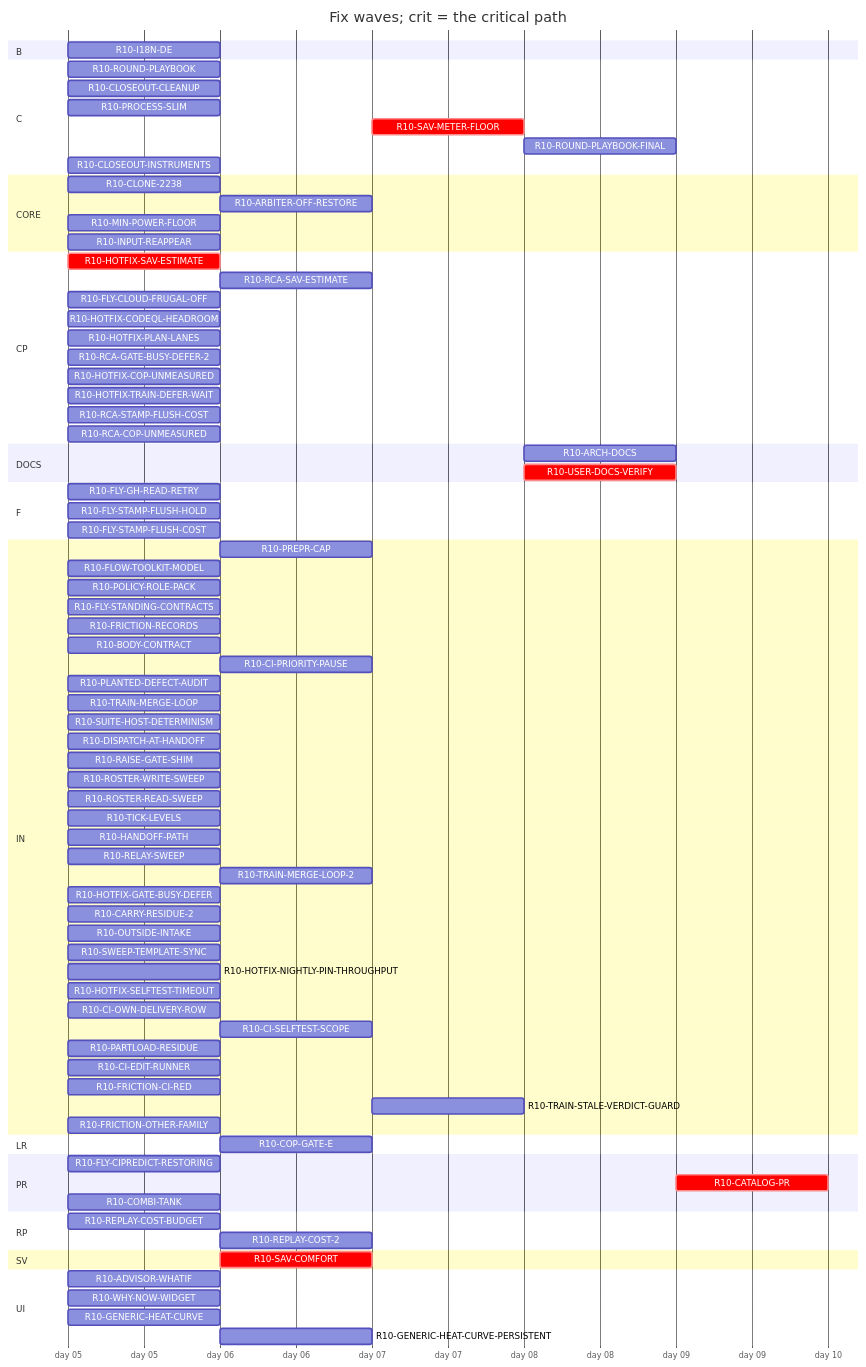
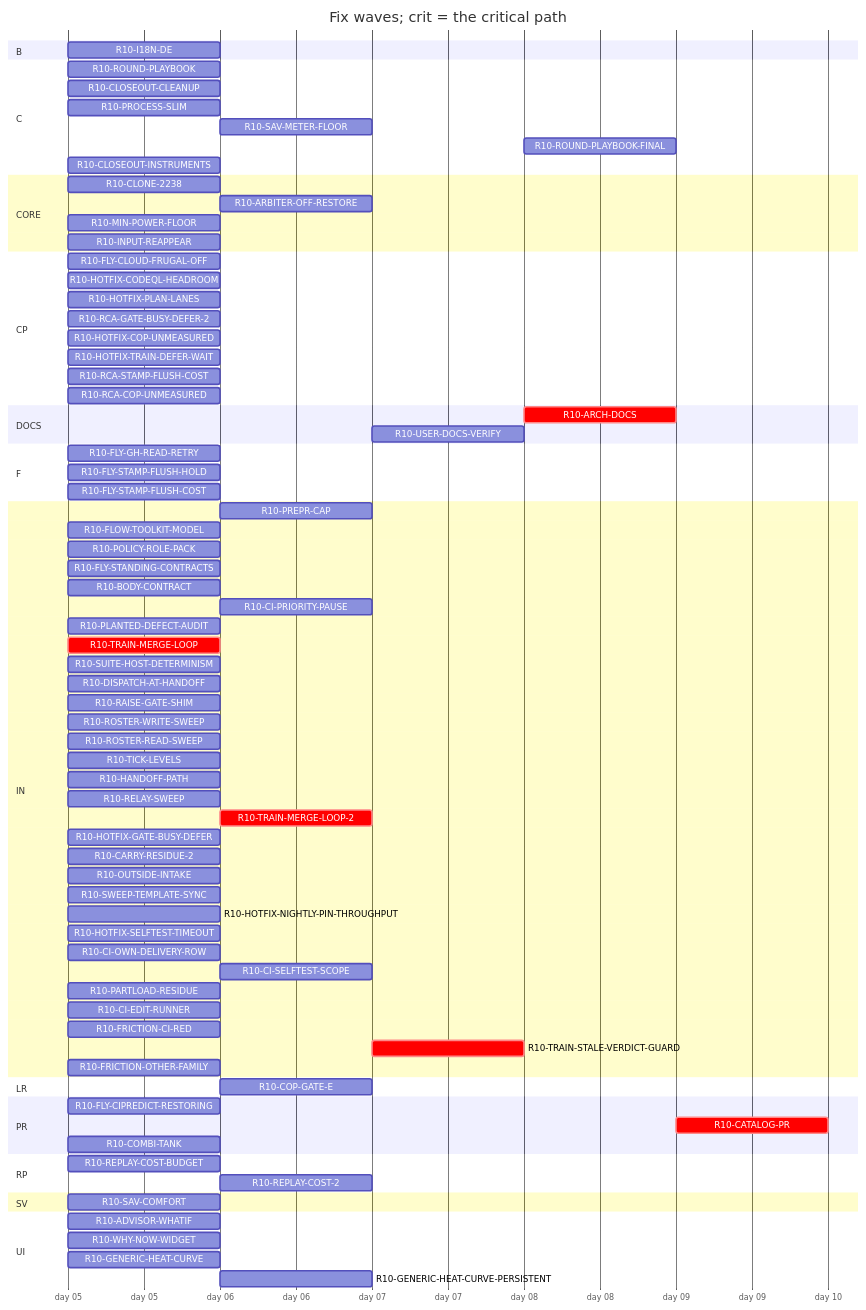
The diagram in handoff/round10/state/PLAN-TABLE.md (tvofi/heatpump_optimizer), drawn with Mermaid before and after one commit. The commit also changed other lines of this file and 3 other files, not shown here.

Commit message:
state: FLOW-BOARD.md, NEXT-SESSION-PROMPT.md, PLAN-TABLE.md, RESUME-CURRENT.md regenerated (state_docs.py)

```diff
--- a/handoff/round10/state/PLAN-TABLE.md
+++ b/handoff/round10/state/PLAN-TABLE.md
@@ -33,8 +33,8 @@
     R10-ROUND-PLAYBOOK :r10ROUNDPLAYBOOK, 2026-01-05, 1d
     R10-CLOSEOUT-CLEANUP :r10CLOSEOUTCLEANUP, 2026-01-05, 1d
     R10-PROCESS-SLIM :r10PROCESSSLIM, 2026-01-05, 1d
-    R10-SAV-METER-FLOOR :crit, r10SAVMETERFLOOR, after r10HOTFIXSAVESTIMATE r10SAVCOMFORT, 1d
-    R10-ROUND-PLAYBOOK-FINAL :r10ROUNDPLAYBOOKFINAL, after r10PREPRCAP r10HANDOFFPATH r10RELAYSWEEP r10TRAINMERGELOOP r10DISPATCHATHANDOFF r10BODYCONTRACT r10TICKLEVELS r10CIPRIORITYPAUSE r10ROSTERWRITESWEEP r10ROSTERREADSWEEP r10FLYSTANDINGCONTRACTS r10POLICYROLEPACK r10FRICTIONRECORDS r10FLOWTOOLKITMODEL r10FLYCIPREDICTRESTORING r10RAISEGATESHIM r10PLANTEDDEFECTAUDIT r10FLYGHREADRETRY r10SUITEHOSTDETERMINISM r10ROUNDPLAYBOOK r10PROCESSSLIM r10TRAINMERGELOOP2 r10HOTFIXGATEBUSYDEFER r10CARRYRESIDUE2 r10REPLAYCOST2 r10HOTFIXCODEQLHEADROOM r10OUTSIDEINTAKE r10HOTFIXPLANLANES r10SWEEPTEMPLATESYNC r10HOTFIXNIGHTLYPINTHROUGHPUT r10HOTFIXSELFTESTTIMEOUT r10FLYSTAMPFLUSHHOLD r10FLYSTAMPFLUSHCOST r10HOTFIXTRAINDEFERWAIT r10CIOWNDELIVERYROW r10CISELFTESTSCOPE r10CIEDITRUNNER r10TRAINSTALEVERDICTGUARD, 1d
+    R10-SAV-METER-FLOOR :r10SAVMETERFLOOR, after r10SAVCOMFORT, 1d
+    R10-ROUND-PLAYBOOK-FINAL :r10ROUNDPLAYBOOKFINAL, after r10PREPRCAP r10HANDOFFPATH r10RELAYSWEEP r10TRAINMERGELOOP r10DISPATCHATHANDOFF r10BODYCONTRACT r10TICKLEVELS r10CIPRIORITYPAUSE r10ROSTERWRITESWEEP r10ROSTERREADSWEEP r10FLYSTANDINGCONTRACTS r10POLICYROLEPACK r10FLOWTOOLKITMODEL r10FLYCIPREDICTRESTORING r10RAISEGATESHIM r10PLANTEDDEFECTAUDIT r10FLYGHREADRETRY r10SUITEHOSTDETERMINISM r10ROUNDPLAYBOOK r10PROCESSSLIM r10TRAINMERGELOOP2 r10HOTFIXGATEBUSYDEFER r10CARRYRESIDUE2 r10REPLAYCOST2 r10HOTFIXCODEQLHEADROOM r10OUTSIDEINTAKE r10HOTFIXPLANLANES r10SWEEPTEMPLATESYNC r10HOTFIXNIGHTLYPINTHROUGHPUT r10HOTFIXSELFTESTTIMEOUT r10FLYSTAMPFLUSHHOLD r10FLYSTAMPFLUSHCOST r10HOTFIXTRAINDEFERWAIT r10CIOWNDELIVERYROW r10CISELFTESTSCOPE r10CIEDITRUNNER r10TRAINSTALEVERDICTGUARD, 1d
     R10-CLOSEOUT-INSTRUMENTS :r10CLOSEOUTINSTRUMENTS, 2026-01-05, 1d
   section CORE
     R10-CLONE-2238 :r10CLONE2238, 2026-01-05, 1d
@@ -42,8 +42,6 @@
     R10-MIN-POWER-FLOOR :r10MINPOWERFLOOR, 2026-01-05, 1d
     R10-INPUT-REAPPEAR :r10INPUTREAPPEAR, 2026-01-05, 1d
   section CP
-    R10-HOTFIX-SAV-ESTIMATE :crit, r10HOTFIXSAVESTIMATE, 2026-01-05, 1d
-    R10-RCA-SAV-ESTIMATE :r10RCASAVESTIMATE, after r10HOTFIXSAVESTIMATE, 1d
     R10-FLY-CLOUD-FRUGAL-OFF :r10FLYCLOUDFRUGALOFF, 2026-01-05, 1d
     R10-HOTFIX-CODEQL-HEADROOM :r10HOTFIXCODEQLHEADROOM, 2026-01-05, 1d
     R10-HOTFIX-PLAN-LANES :r10HOTFIXPLANLANES, 2026-01-05, 1d
@@ -53,8 +51,8 @@
     R10-RCA-STAMP-FLUSH-COST :r10RCASTAMPFLUSHCOST, 2026-01-05, 1d
     R10-RCA-COP-UNMEASURED :r10RCACOPUNMEASURED, 2026-01-05, 1d
   section DOCS
-    R10-ARCH-DOCS :r10ARCHDOCS, after r10CLONE2238 r10SAVCOMFORT r10WHYNOWWIDGET r10ADVISORWHATIF r10REPLAYCOSTBUDGET r10PREPRCAP r10HANDOFFPATH r10RELAYSWEEP r10TRAINMERGELOOP r10DISPATCHATHANDOFF r10BODYCONTRACT r10TICKLEVELS r10CIPRIORITYPAUSE r10ROSTERWRITESWEEP r10ROSTERREADSWEEP r10FLYSTANDINGCONTRACTS r10POLICYROLEPACK r10FRICTIONRECORDS r10FLOWTOOLKITMODEL r10FLYCIPREDICTRESTORING r10RAISEGATESHIM r10PLANTEDDEFECTAUDIT r10FLYGHREADRETRY r10SUITEHOSTDETERMINISM r10PROCESSSLIM r10SAVMETERFLOOR r10HOTFIXCOPUNMEASURED r10COPGATEE r10PARTLOADRESIDUE r10I18NDE r10GENERICHEATCURVE r10GENERICHEATCURVEPERSISTENT r10ARBITEROFFRESTORE r10TRAINMERGELOOP2 r10HOTFIXGATEBUSYDEFER r10CARRYRESIDUE2 r10REPLAYCOST2 r10HOTFIXCODEQLHEADROOM r10OUTSIDEINTAKE r10HOTFIXPLANLANES r10SWEEPTEMPLATESYNC r10HOTFIXNIGHTLYPINTHROUGHPUT r10HOTFIXSELFTESTTIMEOUT r10FLYSTAMPFLUSHHOLD r10FLYSTAMPFLUSHCOST r10HOTFIXTRAINDEFERWAIT r10CIOWNDELIVERYROW r10CISELFTESTSCOPE r10CIEDITRUNNER r10TRAINSTALEVERDICTGUARD r10COMBITANK, 1d
-    R10-USER-DOCS-VERIFY :crit, r10USERDOCSVERIFY, after r10CLONE2238 r10SAVCOMFORT r10WHYNOWWIDGET r10ADVISORWHATIF r10SAVMETERFLOOR r10HOTFIXCOPUNMEASURED r10COPGATEE r10PARTLOADRESIDUE r10I18NDE r10GENERICHEATCURVE r10GENERICHEATCURVEPERSISTENT r10ARBITEROFFRESTORE r10COMBITANK, 1d
+    R10-ARCH-DOCS :crit, r10ARCHDOCS, after r10CLONE2238 r10SAVCOMFORT r10WHYNOWWIDGET r10ADVISORWHATIF r10REPLAYCOSTBUDGET r10PREPRCAP r10HANDOFFPATH r10RELAYSWEEP r10TRAINMERGELOOP r10DISPATCHATHANDOFF r10BODYCONTRACT r10TICKLEVELS r10CIPRIORITYPAUSE r10ROSTERWRITESWEEP r10ROSTERREADSWEEP r10FLYSTANDINGCONTRACTS r10POLICYROLEPACK r10FLOWTOOLKITMODEL r10FLYCIPREDICTRESTORING r10RAISEGATESHIM r10PLANTEDDEFECTAUDIT r10FLYGHREADRETRY r10SUITEHOSTDETERMINISM r10PROCESSSLIM r10SAVMETERFLOOR r10HOTFIXCOPUNMEASURED r10COPGATEE r10PARTLOADRESIDUE r10I18NDE r10GENERICHEATCURVE r10GENERICHEATCURVEPERSISTENT r10ARBITEROFFRESTORE r10TRAINMERGELOOP2 r10HOTFIXGATEBUSYDEFER r10CARRYRESIDUE2 r10REPLAYCOST2 r10HOTFIXCODEQLHEADROOM r10OUTSIDEINTAKE r10HOTFIXPLANLANES r10SWEEPTEMPLATESYNC r10HOTFIXNIGHTLYPINTHROUGHPUT r10HOTFIXSELFTESTTIMEOUT r10FLYSTAMPFLUSHHOLD r10FLYSTAMPFLUSHCOST r10HOTFIXTRAINDEFERWAIT r10CIOWNDELIVERYROW r10CISELFTESTSCOPE r10CIEDITRUNNER r10TRAINSTALEVERDICTGUARD r10COMBITANK, 1d
+    R10-USER-DOCS-VERIFY :r10USERDOCSVERIFY, after r10CLONE2238 r10SAVCOMFORT r10WHYNOWWIDGET r10ADVISORWHATIF r10SAVMETERFLOOR r10HOTFIXCOPUNMEASURED r10COPGATEE r10PARTLOADRESIDUE r10I18NDE r10GENERICHEATCURVE r10GENERICHEATCURVEPERSISTENT r10ARBITEROFFRESTORE r10COMBITANK, 1d
   section F
     R10-FLY-GH-READ-RETRY :r10FLYGHREADRETRY, 2026-01-05, 1d
     R10-FLY-STAMP-FLUSH-HOLD :r10FLYSTAMPFLUSHHOLD, 2026-01-05, 1d
@@ -64,11 +62,10 @@
     R10-FLOW-TOOLKIT-MODEL :r10FLOWTOOLKITMODEL, 2026-01-05, 1d
     R10-POLICY-ROLE-PACK :r10POLICYROLEPACK, 2026-01-05, 1d
     R10-FLY-STANDING-CONTRACTS :r10FLYSTANDINGCONTRACTS, 2026-01-05, 1d
-    R10-FRICTION-RECORDS :r10FRICTIONRECORDS, 2026-01-05, 1d
     R10-BODY-CONTRACT :r10BODYCONTRACT, 2026-01-05, 1d
     R10-CI-PRIORITY-PAUSE :r10CIPRIORITYPAUSE, after r10TICKLEVELS, 1d
     R10-PLANTED-DEFECT-AUDIT :r10PLANTEDDEFECTAUDIT, 2026-01-05, 1d
-    R10-TRAIN-MERGE-LOOP :r10TRAINMERGELOOP, 2026-01-05, 1d
+    R10-TRAIN-MERGE-LOOP :crit, r10TRAINMERGELOOP, 2026-01-05, 1d
     R10-SUITE-HOST-DETERMINISM :r10SUITEHOSTDETERMINISM, 2026-01-05, 1d
     R10-DISPATCH-AT-HANDOFF :r10DISPATCHATHANDOFF, 2026-01-05, 1d
     R10-RAISE-GATE-SHIM :r10RAISEGATESHIM, 2026-01-05, 1d
@@ -77,7 +74,7 @@
     R10-TICK-LEVELS :r10TICKLEVELS, 2026-01-05, 1d
     R10-HANDOFF-PATH :r10HANDOFFPATH, 2026-01-05, 1d
     R10-RELAY-SWEEP :r10RELAYSWEEP, 2026-01-05, 1d
-    R10-TRAIN-MERGE-LOOP-2 :r10TRAINMERGELOOP2, after r10TRAINMERGELOOP, 1d
+    R10-TRAIN-MERGE-LOOP-2 :crit, r10TRAINMERGELOOP2, after r10TRAINMERGELOOP, 1d
     R10-HOTFIX-GATE-BUSY-DEFER :r10HOTFIXGATEBUSYDEFER, 2026-01-05, 1d
     R10-CARRY-RESIDUE-2 :r10CARRYRESIDUE2, 2026-01-05, 1d
     R10-OUTSIDE-INTAKE :r10OUTSIDEINTAKE, 2026-01-05, 1d
@@ -89,7 +86,7 @@
     R10-PARTLOAD-RESIDUE :r10PARTLOADRESIDUE, 2026-01-05, 1d
     R10-CI-EDIT-RUNNER :r10CIEDITRUNNER, 2026-01-05, 1d
     R10-FRICTION-CI-RED :r10FRICTIONCIRED, 2026-01-05, 1d
-    R10-TRAIN-STALE-VERDICT-GUARD :r10TRAINSTALEVERDICTGUARD, after r10TRAINMERGELOOP2, 1d
+    R10-TRAIN-STALE-VERDICT-GUARD :crit, r10TRAINSTALEVERDICTGUARD, after r10TRAINMERGELOOP2, 1d
     R10-FRICTION-OTHER-FAMILY :r10FRICTIONOTHERFAMILY, 2026-01-05, 1d
   section LR
     R10-COP-GATE-E :r10COPGATEE, after r10HOTFIXCOPUNMEASURED, 1d
@@ -101,7 +98,7 @@
     R10-REPLAY-COST-BUDGET :r10REPLAYCOSTBUDGET, 2026-01-05, 1d
     R10-REPLAY-COST-2 :r10REPLAYCOST2, after r10REPLAYCOSTBUDGET, 1d
   section SV
-    R10-SAV-COMFORT :crit, r10SAVCOMFORT, after r10HOTFIXSAVESTIMATE, 1d
+    R10-SAV-COMFORT :r10SAVCOMFORT, 2026-01-05, 1d
   section UI
     R10-ADVISOR-WHATIF :r10ADVISORWHATIF, 2026-01-05, 1d
     R10-WHY-NOW-WIDGET :r10WHYNOWWIDGET, 2026-01-05, 1d
```
